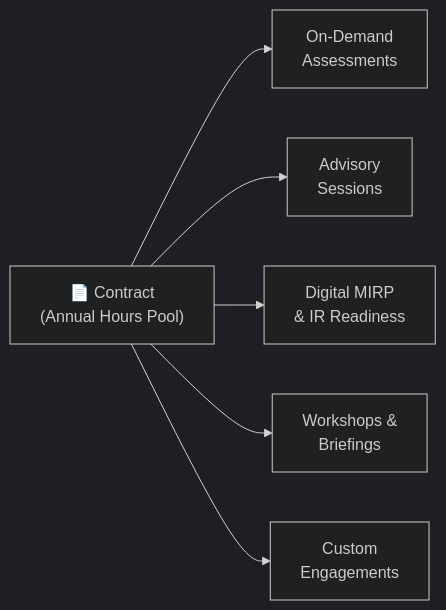
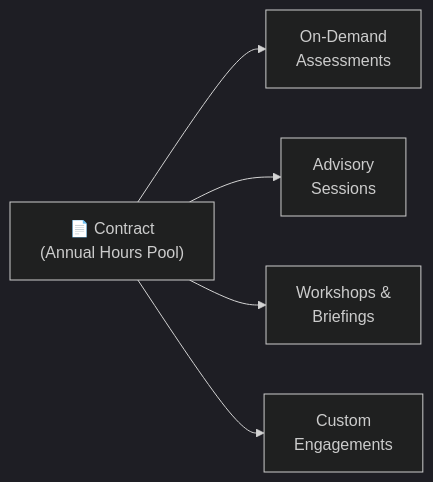
The second of 2 diagrams in 03-unified-premier-contracts.md (marcogrimaldi29/engage-center-notes), drawn with Mermaid before and after one commit. The commit also changed other lines of this file and 1 other file, not shown here.

````diff
--- a/03-unified-premier-contracts.md
+++ b/03-unified-premier-contracts.md
@@ -161,16 +160,14 @@
 ```mermaid
 %%{init: {"theme":"dark"}}%%
 flowchart LR
     CONTRACT["📄 Contract\n(Annual Hours Pool)"]
     ODA["On-Demand\nAssessments"]
     ADV["Advisory\nSessions"]
-    MIRP["Digital MIRP\n& IR Readiness"]
     WORK["Workshops &\nBriefings"]
     CUSTOM["Custom\nEngagements"]
 
     CONTRACT --> ODA
     CONTRACT --> ADV
-    CONTRACT --> MIRP
     CONTRACT --> WORK
     CONTRACT --> CUSTOM
 ```
````
